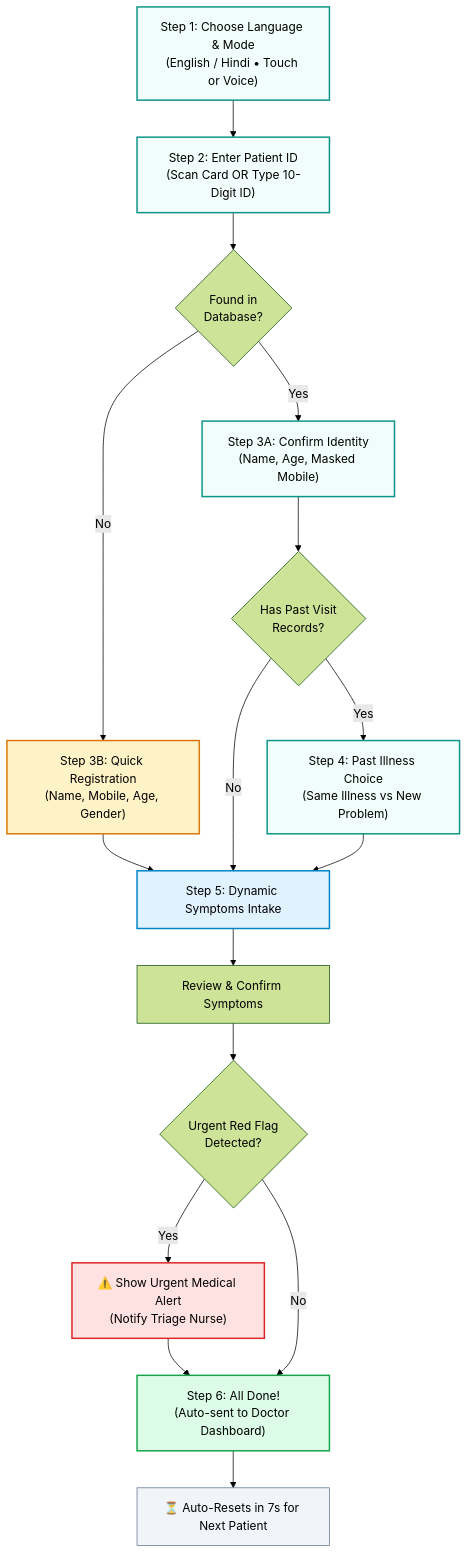
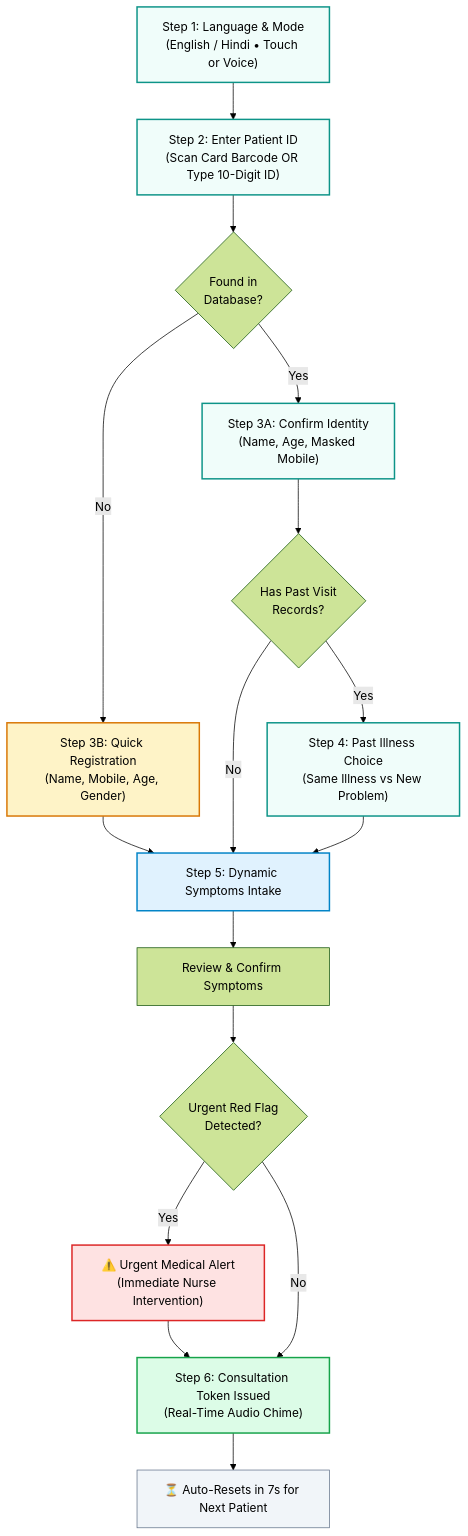
The second of 2 diagrams in README.md (Gopiverma49/medikiosk), drawn with Mermaid (forest theme) before and after one commit. The commit also changed other lines of this file and 7 other files, not shown here.

````diff
--- a/README.md
+++ b/README.md
@@ -58,34 +100,34 @@
 ```mermaid
 flowchart TD
-    Step1["Step 1: Choose Language & Mode\n(English / Hindi • Touch or Voice)"] --> Step2["Step 2: Enter Patient ID\n(Scan Card OR Type 10-Digit ID)"]
+    Step1["Step 1: Language & Mode\n(English / Hindi • Touch or Voice)"] --> Step2["Step 2: Enter Patient ID\n(Scan Card Barcode OR Type 10-Digit ID)"]
     
     Step2 --> Lookup{"Found in\nDatabase?"}
     
     Lookup -- "Yes" --> Step3A["Step 3A: Confirm Identity\n(Name, Age, Masked Mobile)"]
     Lookup -- "No" --> Step3B["Step 3B: Quick Registration\n(Name, Mobile, Age, Gender)"]
     
     Step3A --> History{"Has Past Visit\nRecords?"}
     Step3B --> Step5["Step 5: Dynamic Symptoms Intake"]
     
     History -- "Yes" --> Step4["Step 4: Past Illness Choice\n(Same Illness vs New Problem)"]
     History -- "No" --> Step5
     Step4 --> Step5
     
     Step5 --> Summary["Review & Confirm Symptoms"]
     Summary --> SafetyCheck{"Urgent Red Flag\nDetected?"}
     
-    SafetyCheck -- "Yes" --> Alert["⚠️ Show Urgent Medical Alert\n(Notify Triage Nurse)"] --> Done
-    SafetyCheck -- "No" --> Done["Step 6: All Done!\n(Auto-sent to Doctor Dashboard)"]
+    SafetyCheck -- "Yes" --> Alert["⚠️ Urgent Medical Alert\n(Immediate Nurse Intervention)"] --> Done
+    SafetyCheck -- "No" --> Done["Step 6: Consultation Token Issued\n(Real-Time Audio Chime)"]
     
     Done --> Reset["⏳ Auto-Resets in 7s for Next Patient"]
 
     style Step1 fill:#f0fdfa,stroke:#0d9488,stroke-width:2px
     style Step2 fill:#f0fdfa,stroke:#0d9488,stroke-width:2px
     style Step3A fill:#f0fdfa,stroke:#0d9488,stroke-width:2px
     style Step3B fill:#fef3c7,stroke:#d97706,stroke-width:2px
     style Step4 fill:#f0fdfa,stroke:#0d9488,stroke-width:2px
     style Step5 fill:#e0f2fe,stroke:#0284c7,stroke-width:2px
     style Alert fill:#fee2e2,stroke:#dc2626,stroke-width:2px
     style Done fill:#dcfce7,stroke:#16a34a,stroke-width:2px
     style Reset fill:#f1f5f9,stroke:#64748b,stroke-width:1px
 ```
````
